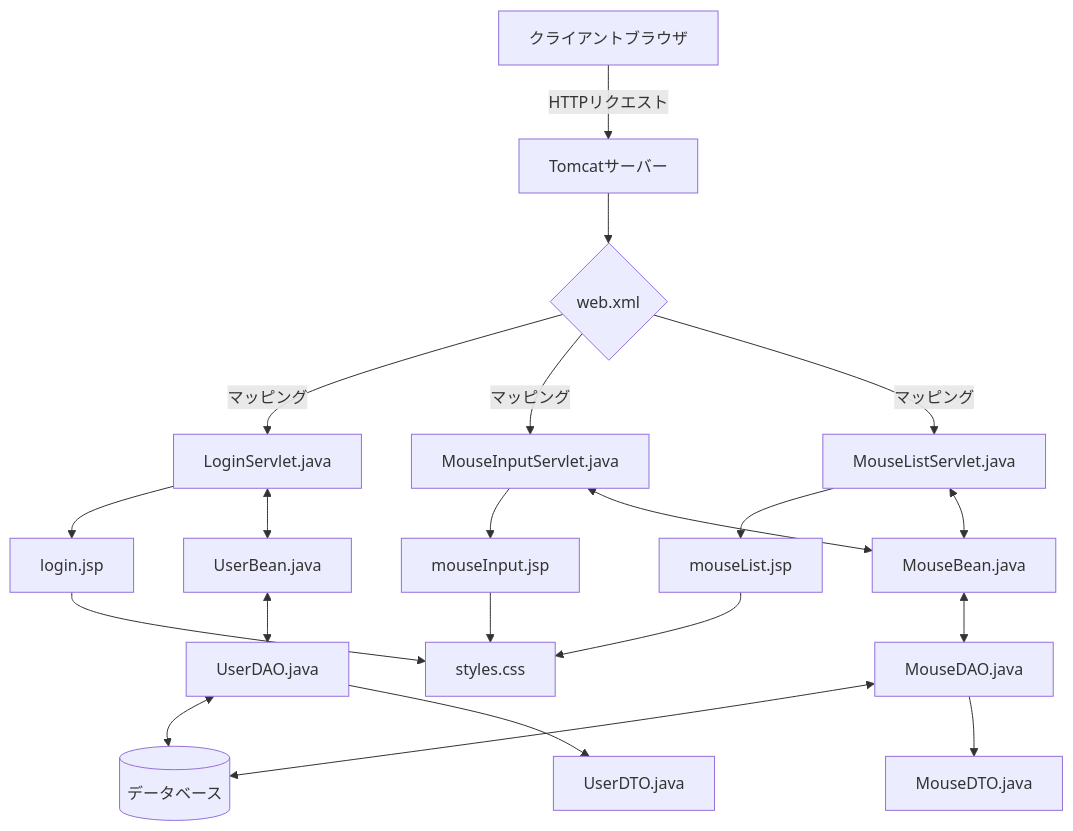
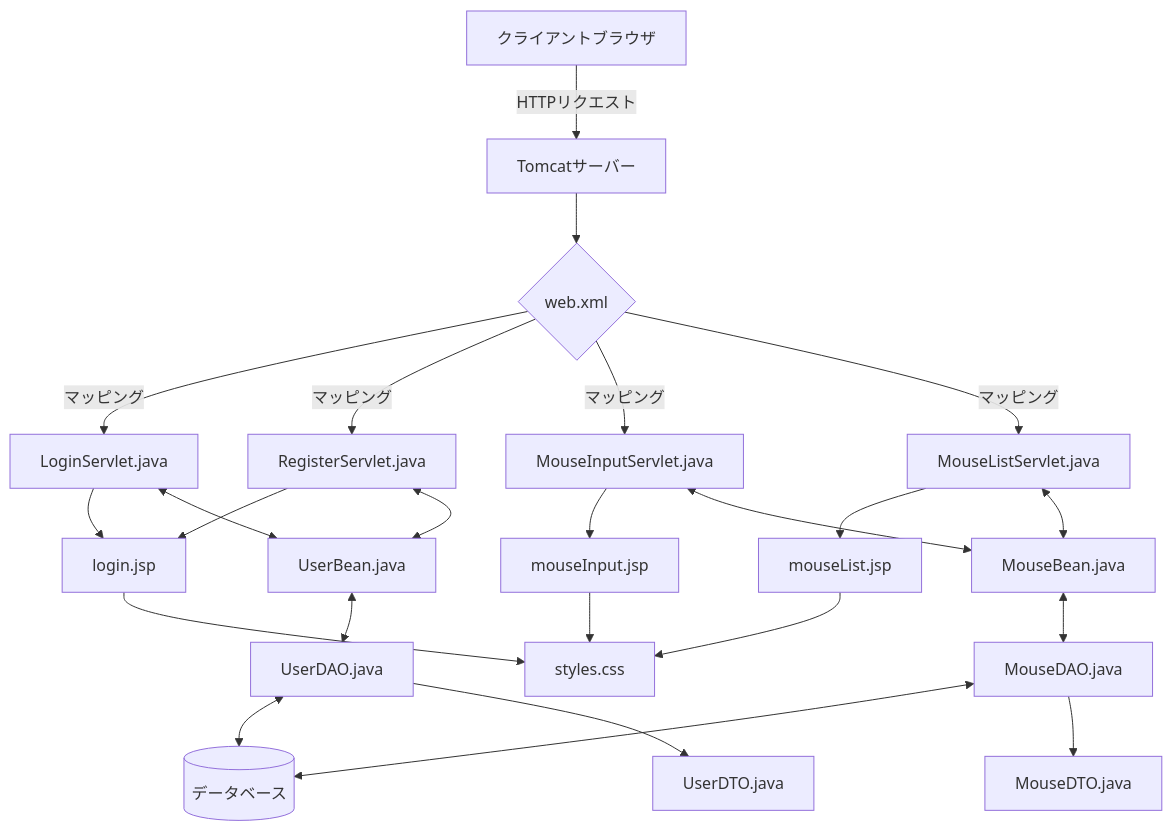
One commit to mu-san16/mouseapp changed the diagram in README.md. Above: the diagram before and after it, drawn with Mermaid.

````diff
--- a/README.md
+++ b/README.md
@@ -5,23 +5,26 @@
 ```mermaid
 graph TD
     A[クライアントブラウザ] -->|HTTPリクエスト| B[Tomcatサーバー]
     B --> C{web.xml}
     C -->|マッピング| D[LoginServlet.java]
-    C -->|マッピング| E[MouseInputServlet.java]
-    C -->|マッピング| F[MouseListServlet.java]
-    D --> G[login.jsp]
-    E --> H[mouseInput.jsp]
-    F --> I[mouseList.jsp]
-    G --> J[styles.css]
-    H --> J
-    I --> J
-    D <--> K[UserBean.java]
-    E <--> L[MouseBean.java]
-    F <--> L
-    K <--> M[UserDAO.java]
-    L <--> N[MouseDAO.java]
-    M <--> O[(データベース)]
-    N <--> O
-    M --> P[UserDTO.java]
-    N --> Q[MouseDTO.java]
+    C -->|マッピング| E[RegisterServlet.java]
+    C -->|マッピング| F[MouseInputServlet.java]
+    C -->|マッピング| G[MouseListServlet.java]
+    D --> H[login.jsp]
+    E --> H
+    F --> I[mouseInput.jsp]
+    G --> J[mouseList.jsp]
+    H --> K[styles.css]
+    I --> K
+    J --> K
+    D <--> L[UserBean.java]
+    E <--> L
+    F <--> M[MouseBean.java]
+    G <--> M
+    L <--> N[UserDAO.java]
+    M <--> O[MouseDAO.java]
+    N <--> P[(データベース)]
+    O <--> P
+    N --> Q[UserDTO.java]
+    O --> R[MouseDTO.java]
 ```
````
